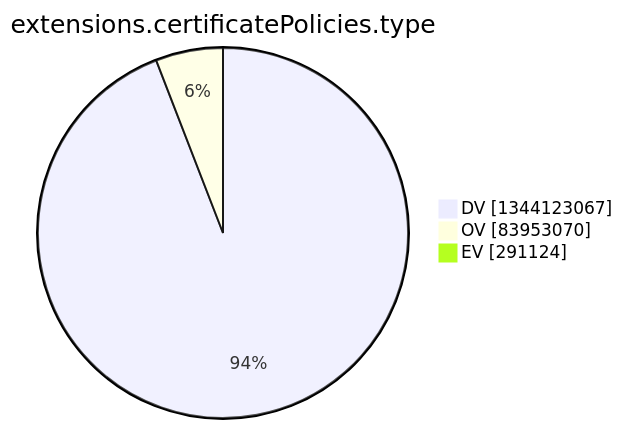
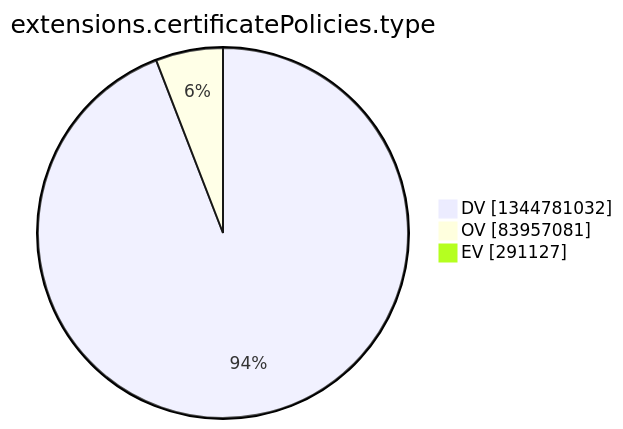
One commit to christiankrug/ctmonitor_visualization changed the tenth of 15 diagrams in argon2022/README.md. Above: the diagram before and after it, drawn with Mermaid. The commit also changed other lines of this file, not shown here.

````diff
--- a/argon2022/README.md
+++ b/argon2022/README.md
@@ -2773,7 +2773,7 @@
 ```mermaid
 pie showData
 title extensions.certificatePolicies.type
-"DV" :1344123067
-"OV" :83953070
-"EV" :291124
+"DV" :1344781032
+"OV" :83957081
+"EV" :291127
 ```
````
